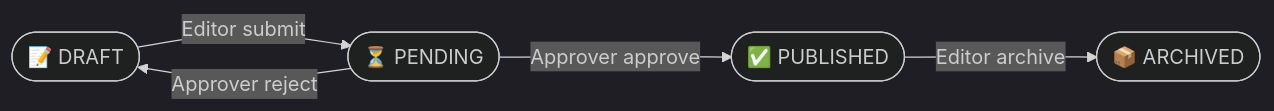
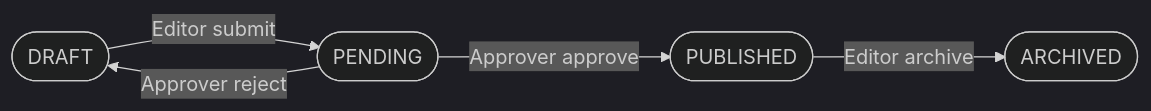
One commit to daithang59/docvault changed the second of 3 diagrams in README.md. Above: the diagram before and after it, drawn with Mermaid (dark theme). The commit also changed other lines of this file and 44 other files, not shown here.

````diff
--- a/README.md
+++ b/README.md
@@ -62,12 +62,12 @@
 ```mermaid
 flowchart LR
-    DRAFT(["📝 DRAFT"])
-    PENDING(["⏳ PENDING"])
-    PUBLISHED(["✅ PUBLISHED"])
-    ARCHIVED(["📦 ARCHIVED"])
+    DRAFT(["DRAFT"])
+    PENDING(["PENDING"])
+    PUBLISHED(["PUBLISHED"])
+    ARCHIVED(["ARCHIVED"])
 
     DRAFT -->|"Editor submit"| PENDING
     PENDING -->|"Approver approve"| PUBLISHED
     PENDING -->|"Approver reject"| DRAFT
     PUBLISHED -->|"Editor archive"| ARCHIVED
 ```
````
